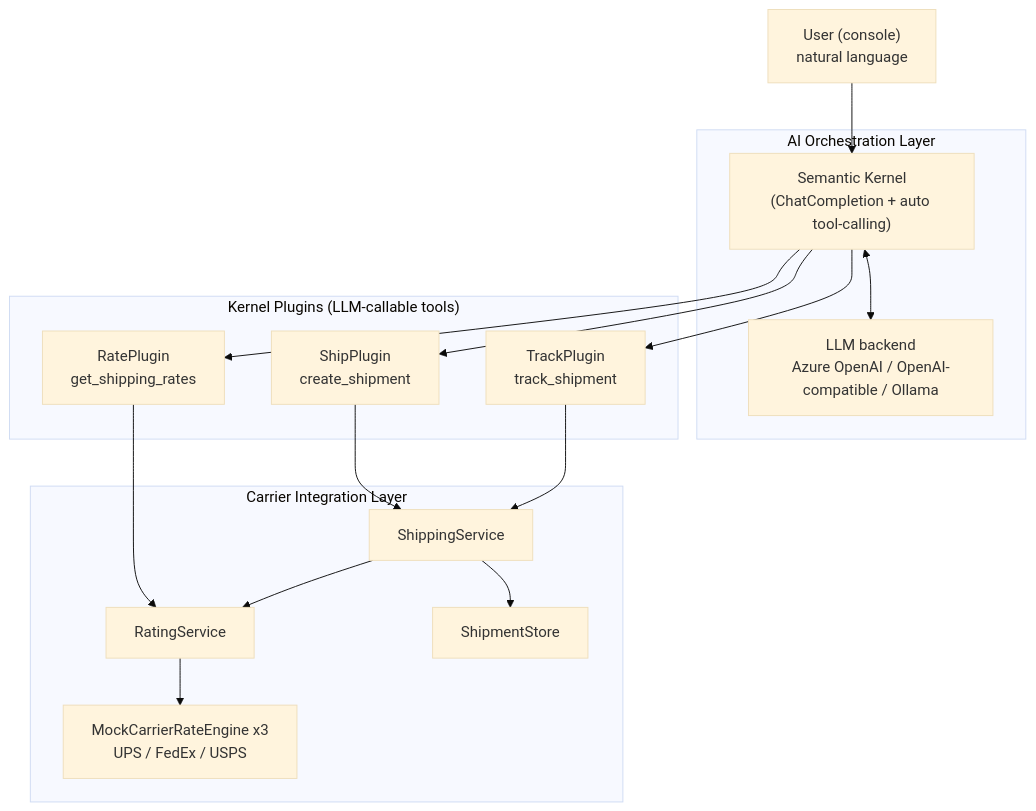
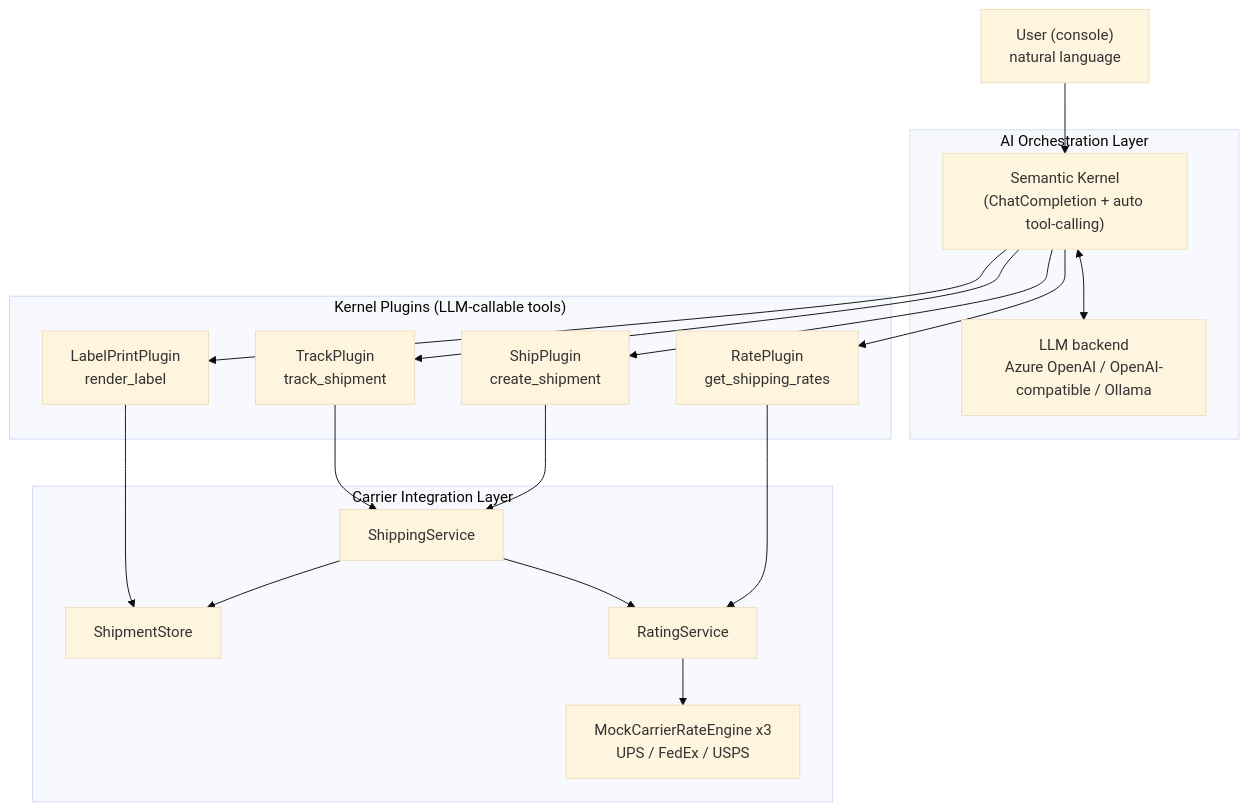
Before and after one commit to LavenderDaisy/ShipMate.AI: the first of 2 diagrams in README.md, drawn with Mermaid (base theme). The commit also changed other lines of this file and 5 other files, not shown here.

Commit message:
Add LabelPrintPlugin: generate 4x6 ZPL shipping labels

````diff
--- a/README.md
+++ b/README.md
@@ -34,34 +34,37 @@
 ```mermaid
 flowchart TB
     U["User (console)<br/>natural language"]
 
     subgraph AI["AI Orchestration Layer"]
         SK["Semantic Kernel<br/>(ChatCompletion + auto tool-calling)"]
         LLM["LLM backend<br/>Azure OpenAI / OpenAI-compatible / Ollama"]
     end
 
     subgraph Tools["Kernel Plugins (LLM-callable tools)"]
         RP["RatePlugin<br/>get_shipping_rates"]
         SP["ShipPlugin<br/>create_shipment"]
         TP["TrackPlugin<br/>track_shipment"]
+        LP["LabelPrintPlugin<br/>render_label"]
     end
 
     subgraph Carriers["Carrier Integration Layer"]
         RS["RatingService"]
         SS["ShippingService"]
         STORE["ShipmentStore"]
         CE["MockCarrierRateEngine x3<br/>UPS / FedEx / USPS"]
     end
 
     U --> SK
     SK <--> LLM
     SK --> RP
     SK --> SP
     SK --> TP
+    SK --> LP
     RP --> RS
     SP --> SS
     TP --> SS
+    LP --> STORE
     RS --> CE
     SS --> RS
     SS --> STORE
 ```
````
